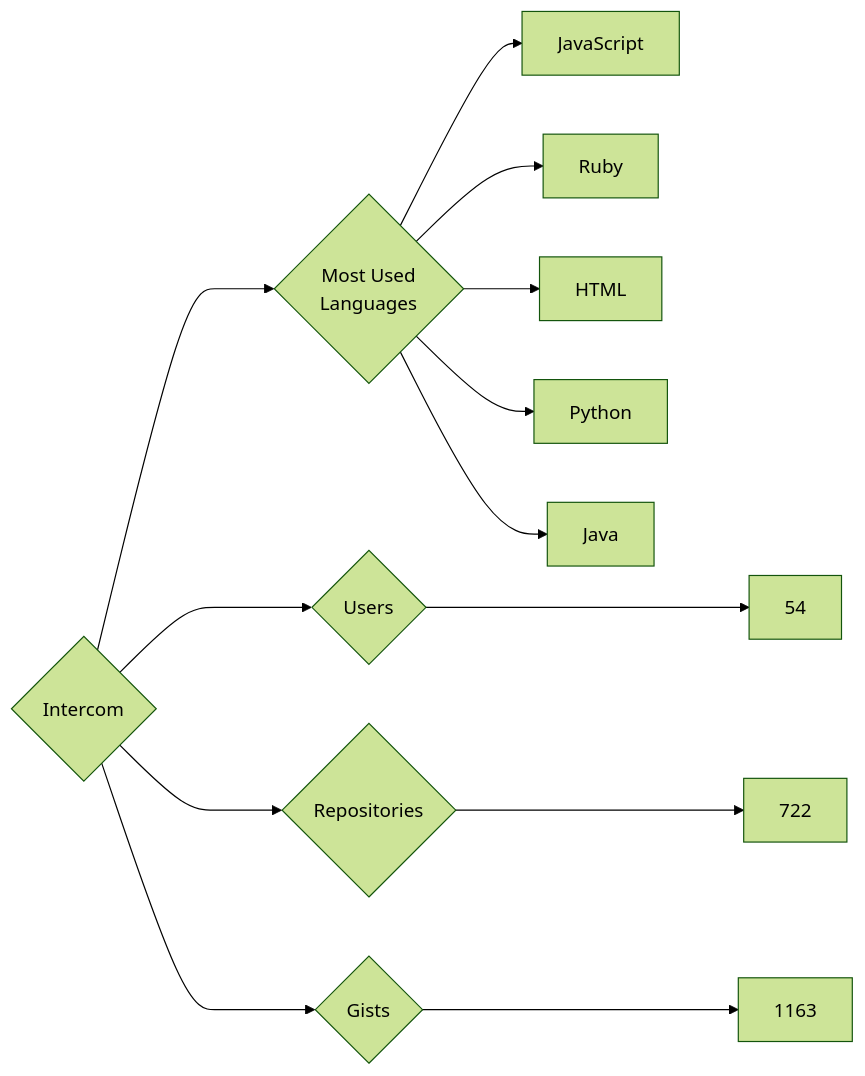
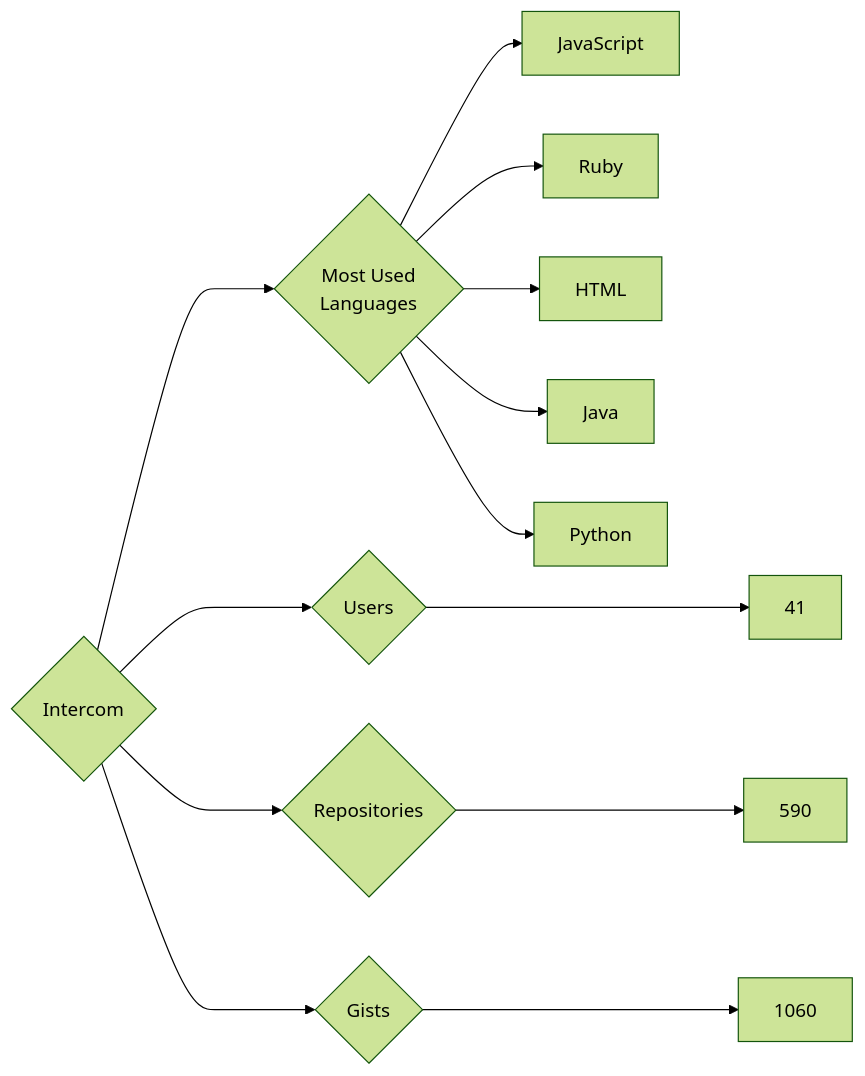
Before and after one commit to trickest/insiders: the diagram in targets/Intercom/README.md, drawn with Mermaid (forest theme). The commit also changed 895 other files, not shown here.

````diff
--- a/targets/Intercom/README.md
+++ b/targets/Intercom/README.md
@@ -3,13 +3,13 @@
 ```mermaid
 graph LR
 COMPANY_NAME{Intercom}
-COMPANY_NAME ---> U{Users} ---> UN[54]
-COMPANY_NAME ---> R{Repositories} ---> RN[722]
-COMPANY_NAME ---> G{Gists} ---> GN[1163]
+COMPANY_NAME ---> U{Users} ---> UN[41]
+COMPANY_NAME ---> R{Repositories} ---> RN[590]
+COMPANY_NAME ---> G{Gists} ---> GN[1060]
 COMPANY_NAME ---> ML{Most Used<br>Languages}
 ML --> JavaScript[JavaScript]
 ML --> Ruby[Ruby]
 ML --> HTML[HTML]
+ML --> Java[Java]
 ML --> Python[Python]
-ML --> Java[Java]
 ```
````
